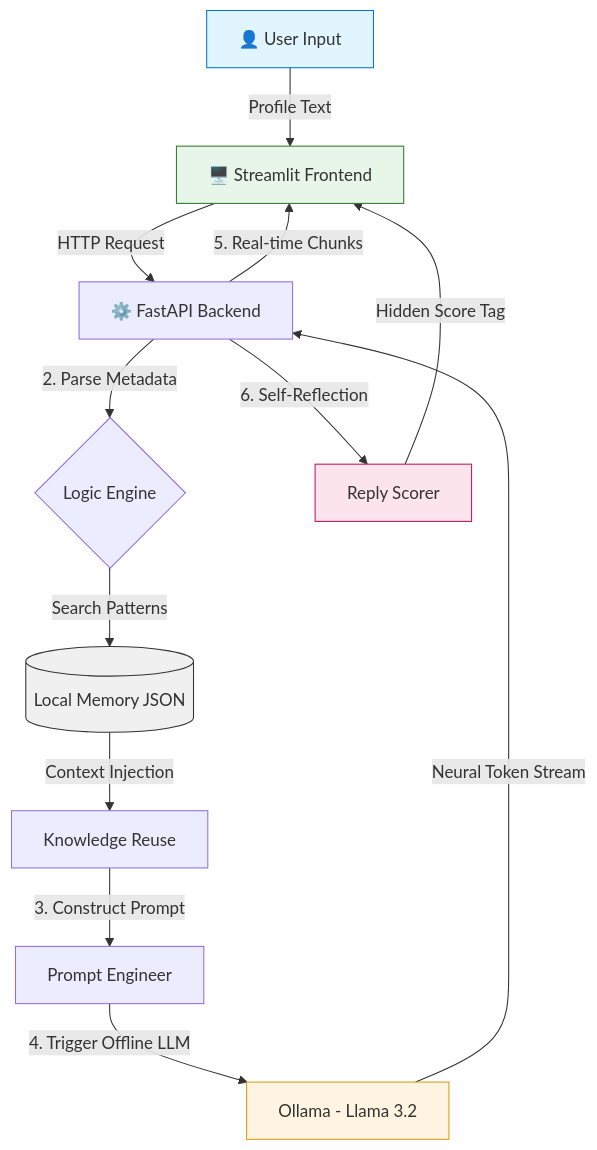
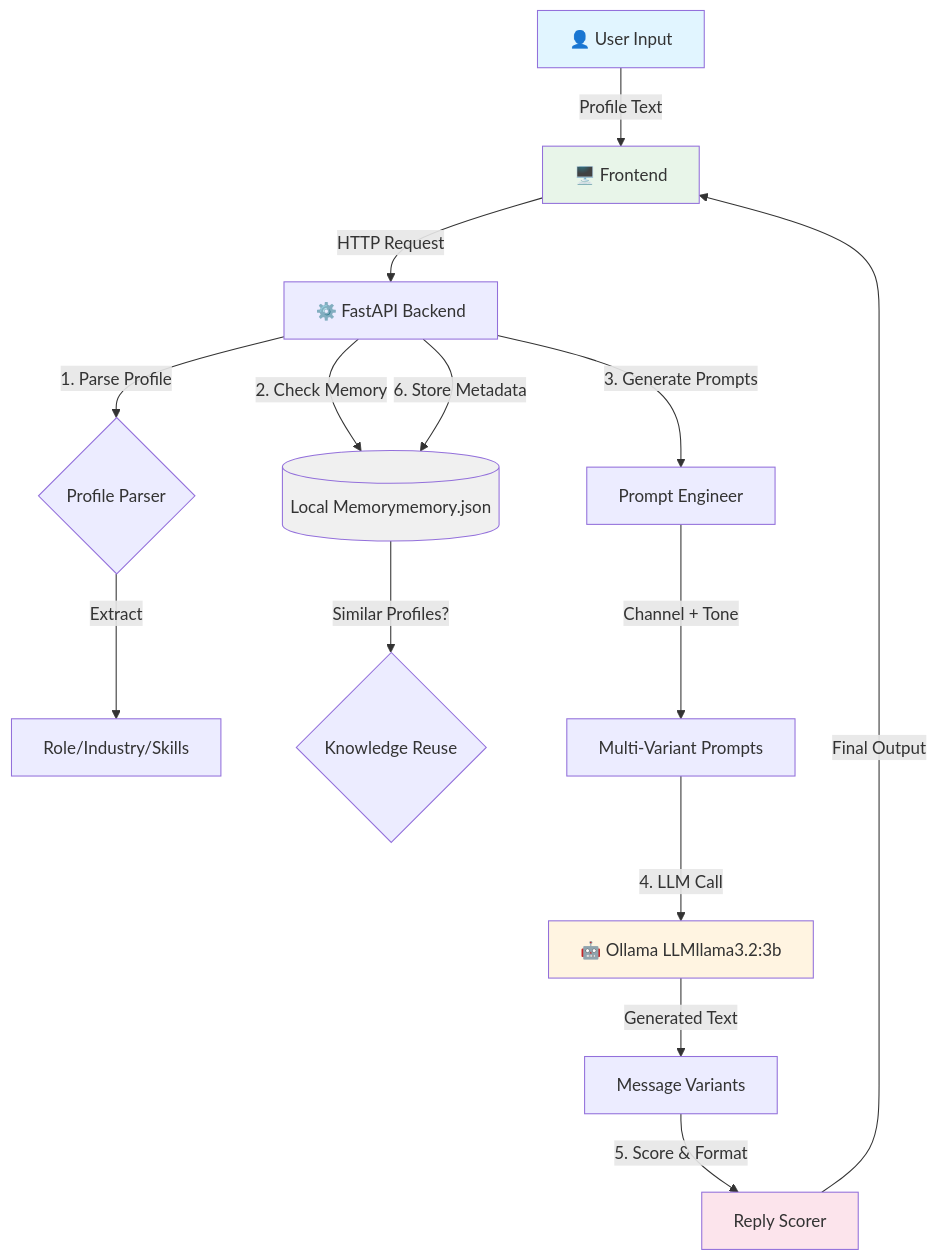
Before and after one commit to bpranav371-ship-it/PICT-HACKATHON: the diagram in README.md, drawn with Mermaid. The commit also changed other lines of this file and 7 other files, not shown here.

````diff
--- a/README.md
+++ b/README.md
@@ -133,24 +133,28 @@
 ```mermaid
 graph TD
-    A[👤 User Input] -->|Profile Text| B[🖥️ Streamlit Frontend]
+    A[👤 User Input] -->|Profile Text| B[🖥️ Frontend]
     B -->|HTTP Request| C[⚙️ FastAPI Backend]
     
-    C -->|2. Parse Metadata| D{Logic Engine}
-    D -->|Search Patterns| F[(Local Memory JSON)]
-    F -->|Context Injection| G[Knowledge Reuse]
+    C -->|1. Parse Profile| D{Profile Parser}
+    D -->|Extract| E[Role/Industry/Skills]
     
-    G -->|3. Construct Prompt| H[Prompt Engineer]
+    C -->|2. Check Memory| F[(Local Memorymemory.json)]
+    F -->|Similar Profiles?| G{Knowledge Reuse}
     
-    H -->|4. Trigger Offline LLM| J[Ollama - Llama 3.2]
-    J -->|Neural Token Stream| C
-    C -->|5. Real-time Chunks| B
+    C -->|3. Generate Prompts| H[Prompt Engineer]
+    H -->|Channel + Tone| I[Multi-Variant Prompts]
     
-    C -->|6. Self-Reflection| L[Reply Scorer]
-    L -->|Hidden Score Tag| B
-
-    style A fill:#e1f5ff,stroke:#007acc
-    style J fill:#fff4e1,stroke:#d4a017
-    style F fill:#f0f0f0,stroke:#333
-    style B fill:#e8f5e9,stroke:#2e7d32
-    style L fill:#fce4ec,stroke:#c2185b
+    I -->|4. LLM Call| J[🤖 Ollama LLMllama3.2:3b]
+    J -->|Generated Text| K[Message Variants]
+    
+    K -->|5. Score & Format| L[Reply Scorer]
+    L -->|Final Output| B
+    
+    C -->|6. Store Metadata| F
+    
+    style A fill:#e1f5ff
+    style J fill:#fff4e1
+    style F fill:#f0f0f0
+    style B fill:#e8f5e9
+    style L fill:#fce4ec
 ```
````
